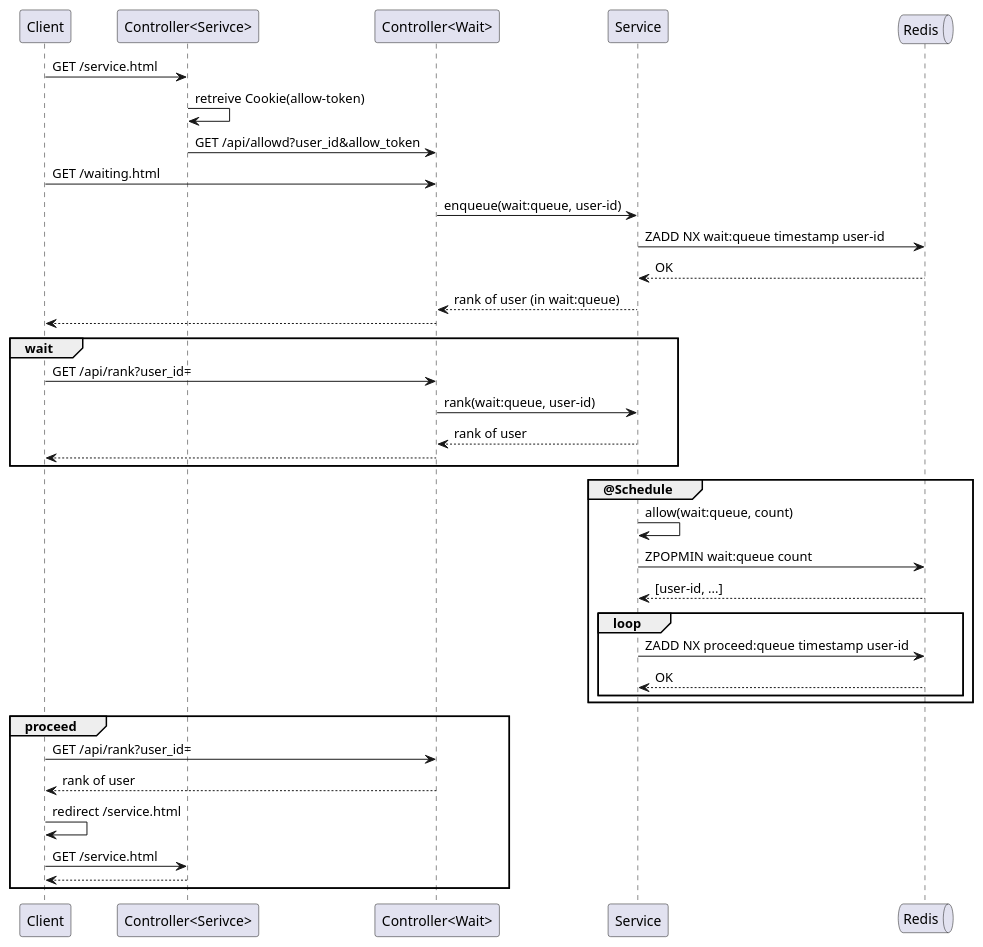
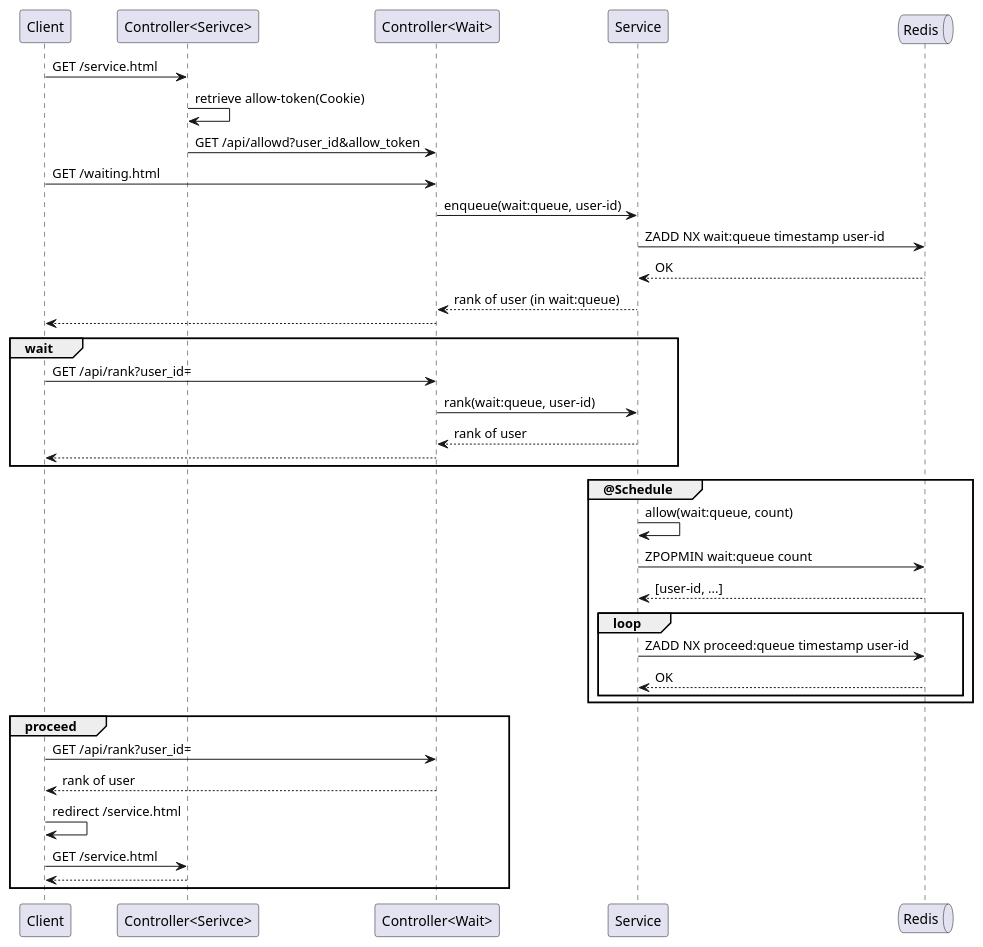
The diagram in _diary/2024-06-08.md (yanghoon/obsidian-workspace), drawn with PlantUML before and after one commit.

Commit message:
vault backup: 2024-06-09 19:24:33

````diff
--- a/_diary/2024-06-08.md
+++ b/_diary/2024-06-08.md
@@ -11,47 +11,47 @@
 ```plantuml
 @startuml
 
 participant Client
 participant "Controller<Serivce>" as ServiceController
 participant "Controller<Wait>" as Controller
 participant Service
 queue Redis
 
 Client -> ServiceController: GET /service.html
-ServiceController -> ServiceController: retreive Cookie(allow-token)
+ServiceController -> ServiceController: retrieve allow-token(Cookie)
 ServiceController -> Controller: GET /api/allowd?user_id&allow_token
 
 Client -> Controller: GET /waiting.html
 Controller -> Service: enqueue(wait:queue, user-id)
 Service -> Redis: ZADD NX wait:queue timestamp user-id
 Service <-- Redis: OK
 Controller <-- Service: rank of user (in wait:queue)
 Client <-- Controller
 
 group wait
 Client -> Controller: GET /api/rank?user_id=
 Controller -> Service: rank(wait:queue, user-id)
 Controller <-- Service: rank of user
 Client <-- Controller
 end
 
 group @Schedule
   Service -> Service: allow(wait:queue, count)
   Service -> Redis: ZPOPMIN wait:queue count
   Service <-- Redis: [user-id, ...]
   loop
     Service -> Redis: ZADD NX proceed:queue timestamp user-id
     Service <-- Redis: OK
   end
 end
 
 group proceed
   Client -> Controller: GET /api/rank?user_id=
   Client <-- Controller: rank of user
   Client -> Client: redirect /service.html
   Client -> ServiceController: GET /service.html
   Client <-- ServiceController
 end
 
 @enduml
 ```
````
